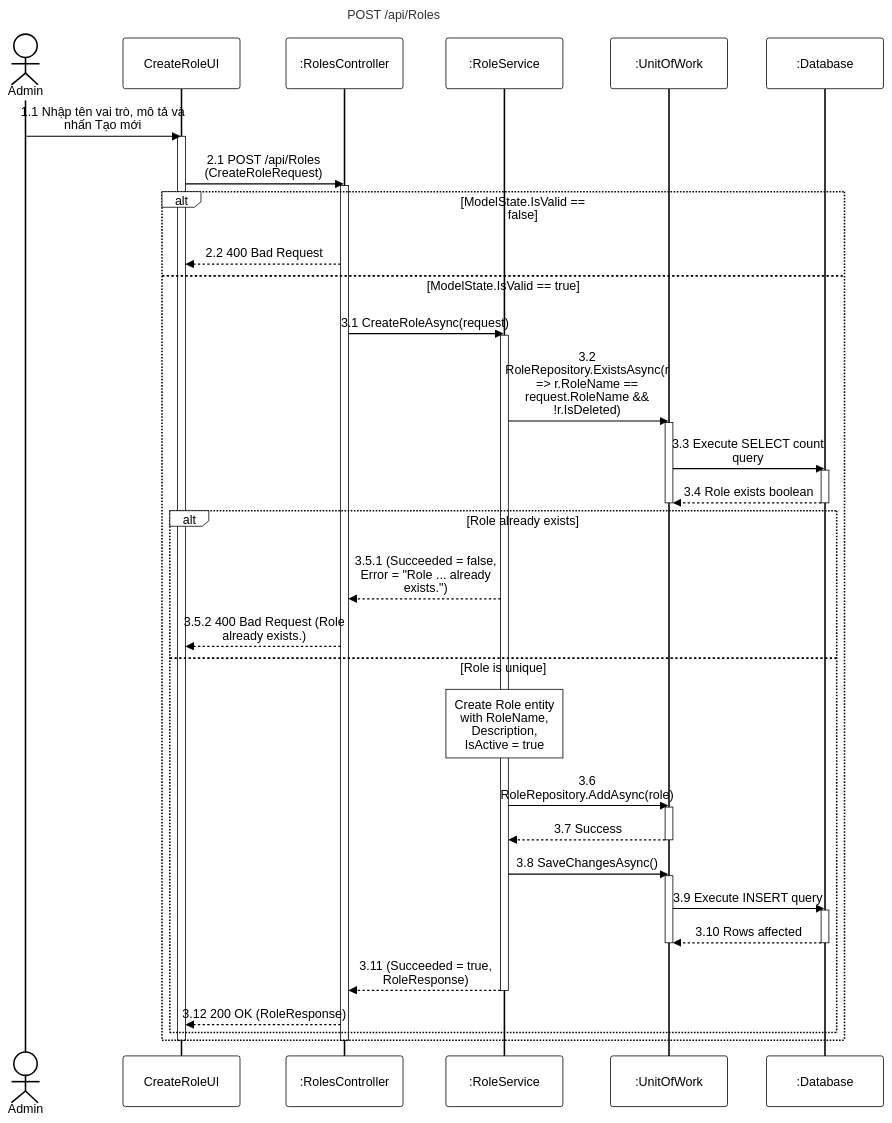
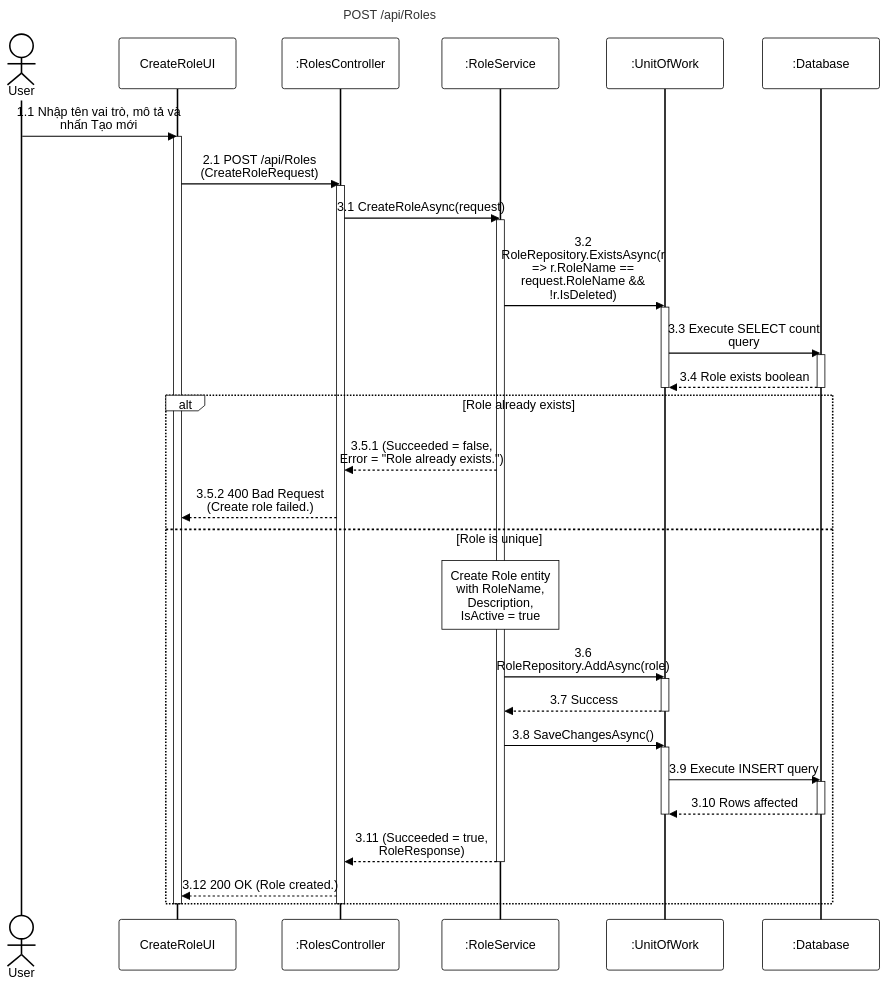
One commit to PhucAnDev/docx-diagram changed the diagram in 02-user-role-management/sequence-diagram/apis/create-role.mmd. Above: the diagram before and after it, drawn with Mermaid. The commit also changed 1 other file, not shown here.

Commit message:
fix: update create-role diagram actors, remove modelstate check, and fix error messages to match code

```diff
--- a/02-user-role-management/sequence-diagram/apis/create-role.mmd
+++ b/02-user-role-management/sequence-diagram/apis/create-role.mmd
@@ -1,55 +1,51 @@
 %%{init: {'theme':'base', 'themeVariables': {'actorBkg':'#ffffff','actorBorder':'#000000','actorTextColor':'#000000','actorLineColor':'#000000','signalColor':'#000000','signalTextColor':'#000000','labelBoxBkgColor':'#ffffff','labelBoxBorderColor':'#000000','labelTextColor':'#000000','loopTextColor':'#000000','noteBkgColor':'#ffffff','noteBorderColor':'#000000','noteTextColor':'#000000','activationBorderColor':'#000000','activationBkgColor':'#ffffff','sequenceNumberColor':'#000000'}, 'sequence': {'width':150,'height':65,'actorFontSize':16,'messageFontSize':16,'wrap':true,'wrapPadding':10}}}%%
 sequenceDiagram
     title POST /api/Roles
-    actor Admin as Admin
+    actor User as User
     participant UI as CreateRoleUI
     participant Endpoint as :RolesController
     participant Service as :RoleService
     participant DB as :UnitOfWork
     participant Database as :Database
 
-    Admin->>UI: 1.1 Nhập tên vai trò, mô tả và nhấn Tạo mới
+    User->>UI: 1.1 Nhập tên vai trò, mô tả và nhấn Tạo mới
     activate UI
     UI->>Endpoint: 2.1 POST /api/Roles (CreateRoleRequest)
     activate Endpoint
 
-    alt ModelState.IsValid == false
-        Endpoint-->>UI: 2.2 400 Bad Request
-    else ModelState.IsValid == true
-        Endpoint->>Service: 3.1 CreateRoleAsync(request)
-        activate Service
+    Endpoint->>Service: 3.1 CreateRoleAsync(request)
+    activate Service
 
-        Service->>DB: 3.2 RoleRepository.ExistsAsync(r => r.RoleName == request.RoleName && !r.IsDeleted)
+    Service->>DB: 3.2 RoleRepository.ExistsAsync(r => r.RoleName == request.RoleName && !r.IsDeleted)
+    activate DB
+    DB->>Database: 3.3 Execute SELECT count query
+    activate Database
+    Database-->>DB: 3.4 Role exists boolean
+    deactivate Database
+    deactivate DB
+
+    alt Role already exists
+        Service-->>Endpoint: 3.5.1 (Succeeded = false, Error = "Role already exists.")
+        Endpoint-->>UI: 3.5.2 400 Bad Request (Create role failed.)
+    else Role is unique
+        note over Service: Create Role entity with RoleName, Description, IsActive = true
+        
+        Service->>DB: 3.6 RoleRepository.AddAsync(role)
         activate DB
-        DB->>Database: 3.3 Execute SELECT count query
+        DB-->>Service: 3.7 Success
+        deactivate DB
+
+        Service->>DB: 3.8 SaveChangesAsync()
+        activate DB
+        DB->>Database: 3.9 Execute INSERT query
         activate Database
-        Database-->>DB: 3.4 Role exists boolean
+        Database-->>DB: 3.10 Rows affected
         deactivate Database
         deactivate DB
 
-        alt Role already exists
-            Service-->>Endpoint: 3.5.1 (Succeeded = false, Error = "Role ... already exists.")
-            Endpoint-->>UI: 3.5.2 400 Bad Request (Role already exists.)
-        else Role is unique
-            note over Service: Create Role entity with RoleName, Description, IsActive = true
-            
-            Service->>DB: 3.6 RoleRepository.AddAsync(role)
-            activate DB
-            DB-->>Service: 3.7 Success
-            deactivate DB
-
-            Service->>DB: 3.8 SaveChangesAsync()
-            activate DB
-            DB->>Database: 3.9 Execute INSERT query
-            activate Database
-            Database-->>DB: 3.10 Rows affected
-            deactivate Database
-            deactivate DB
-
-            Service-->>Endpoint: 3.11 (Succeeded = true, RoleResponse)
-            deactivate Service
-            Endpoint-->>UI: 3.12 200 OK (RoleResponse)
-        end
+        Service-->>Endpoint: 3.11 (Succeeded = true, RoleResponse)
+        deactivate Service
+        Endpoint-->>UI: 3.12 200 OK (Role created.)
     end
     deactivate Endpoint
     deactivate UI
```
